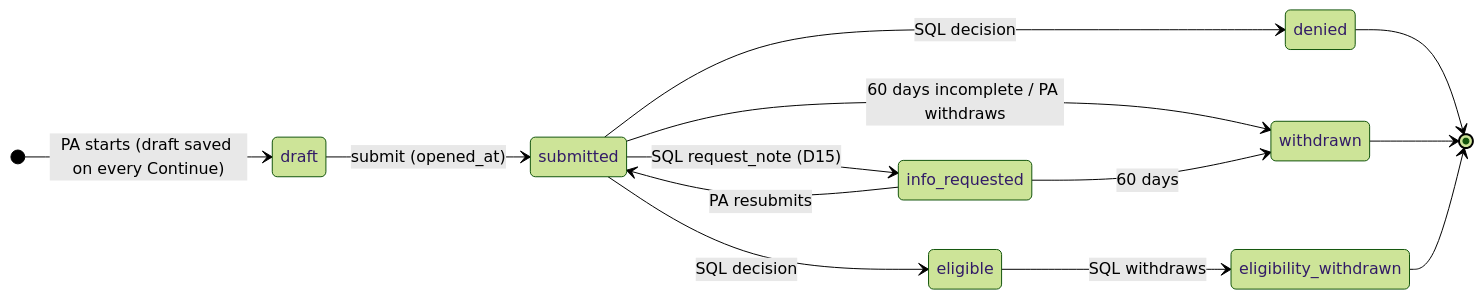
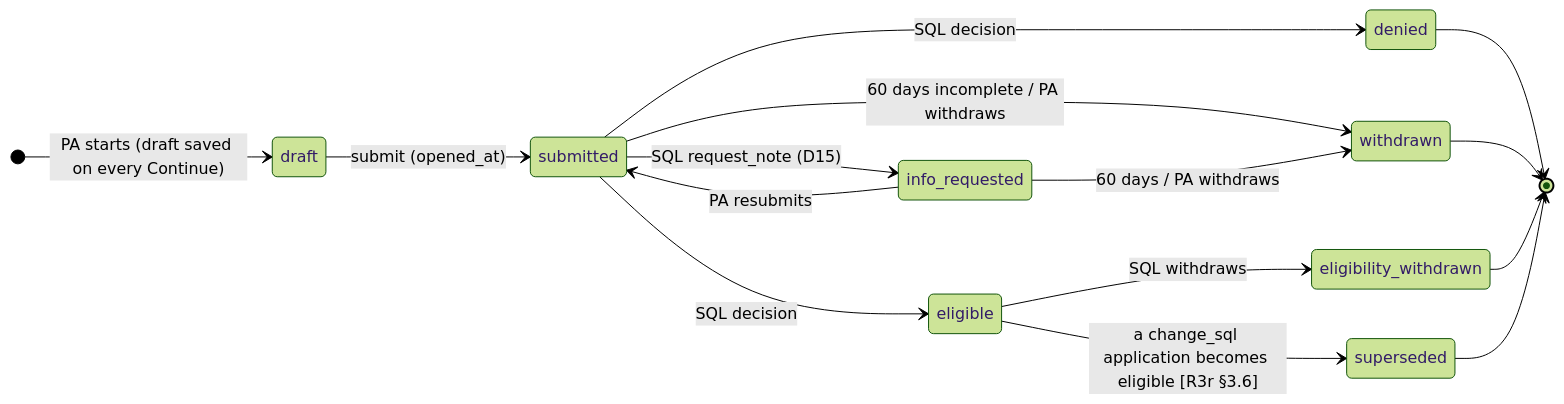
One commit to focusconsulting/pa-compact-licensing-platform changed the first of 3 diagrams in product/context/flows/06-state-machines.md. Above: the diagram before and after it, drawn with Mermaid (forest theme). The commit also changed other lines of this file and 2 other files, not shown here.

Commit message:
feat(api): keep the participation application's transitions equal to FLOW-06 (SCRUM-109)

````diff
--- a/product/context/flows/06-state-machines.md
+++ b/product/context/flows/06-state-machines.md
@@ -26,16 +26,18 @@
 ```mermaid
 stateDiagram-v2
     direction LR
     [*] --> draft: PA starts (draft saved on every Continue)
     draft --> submitted: submit (opened_at)
     submitted --> info_requested: SQL request_note (D15)
     info_requested --> submitted: PA resubmits
     submitted --> eligible: SQL decision
     submitted --> denied: SQL decision
     submitted --> withdrawn: 60 days incomplete / PA withdraws
-    info_requested --> withdrawn: 60 days
+    info_requested --> withdrawn: 60 days / PA withdraws
     eligible --> eligibility_withdrawn: SQL withdraws
+    eligible --> superseded: a change_sql application becomes eligible [R3r §3.6]
     denied --> [*]
     withdrawn --> [*]
     eligibility_withdrawn --> [*]
+    superseded --> [*]
 ```
````
